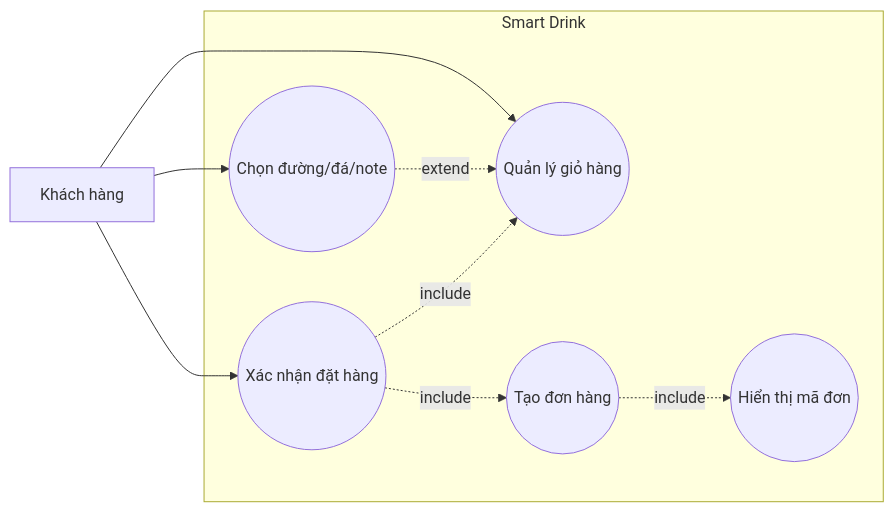
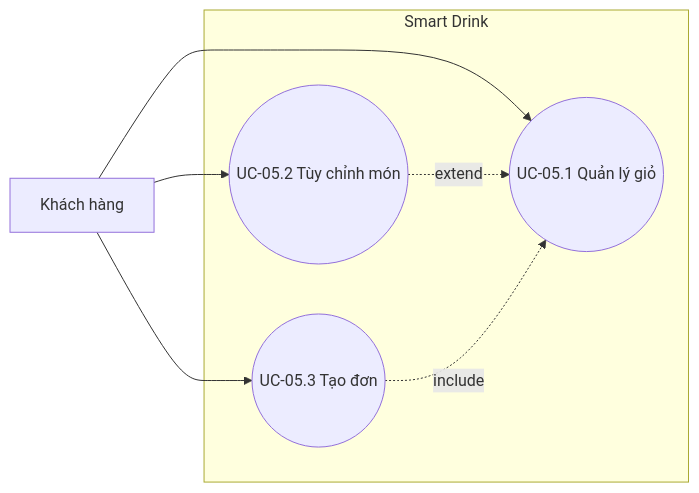
The fifth of 10 diagrams in tai_lieu_phan_tich_thiet_ke_he_thong/03-dac-ta-ca-su-dung.md (alisa12405/drink_app), drawn with Mermaid before and after one commit. The commit also changed other lines of this file and 4 other files, not shown here.

````diff
--- a/tai_lieu_phan_tich_thiet_ke_he_thong/03-dac-ta-ca-su-dung.md
+++ b/tai_lieu_phan_tich_thiet_ke_he_thong/03-dac-ta-ca-su-dung.md
@@ -154,18 +232,14 @@
 ```mermaid
 flowchart LR
     Customer[Khách hàng]
     subgraph SYS[Smart Drink]
-        Cart((Quản lý giỏ hàng))
-        Customize((Chọn đường/đá/note))
-        Checkout((Xác nhận đặt hàng))
-        Create((Tạo đơn hàng))
-        Confirm((Hiển thị mã đơn))
+        Cart((UC-05.1 Quản lý giỏ))
+        Custom((UC-05.2 Tùy chỉnh món))
+        Order((UC-05.3 Tạo đơn))
     end
     Customer --> Cart
-    Customer --> Customize
-    Customer --> Checkout
-    Customize -. extend .-> Cart
-    Checkout -. include .-> Cart
-    Checkout -. include .-> Create
-    Create -. include .-> Confirm
+    Customer --> Custom
+    Customer --> Order
+    Custom -. extend .-> Cart
+    Order -. include .-> Cart
 ```
````
